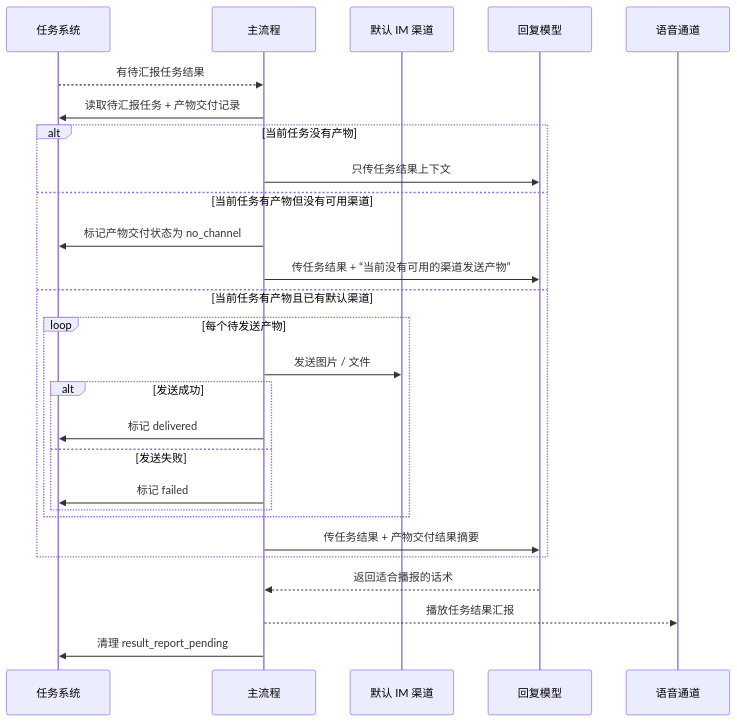
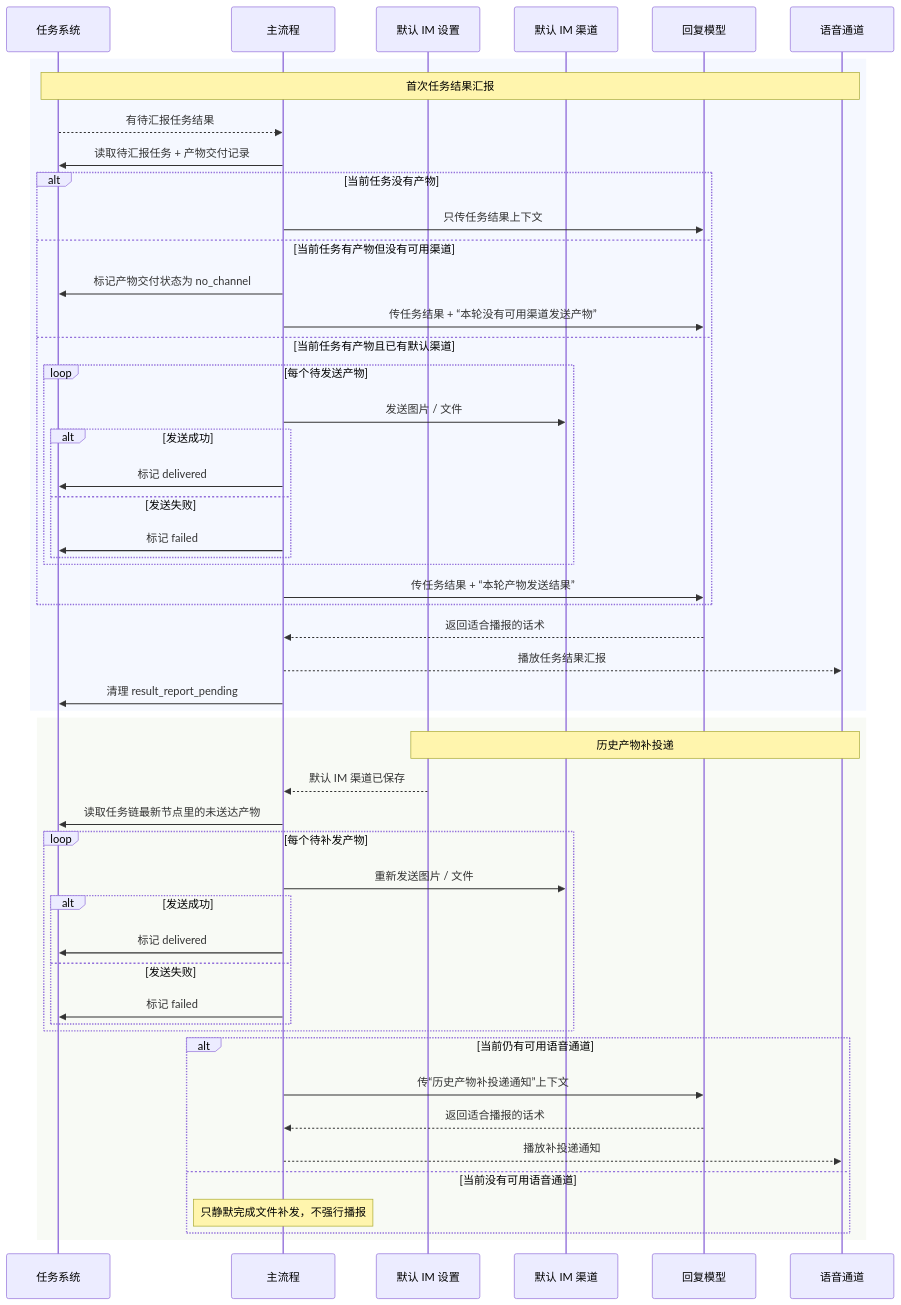
One commit to luoliwoshang/open-xiaoai-agent changed the second of 2 diagrams in docs/async-tasks.md. Above: the diagram before and after it, drawn with Mermaid. The commit also changed other lines of this file and 9 other files, not shown here.

````diff
--- a/docs/async-tasks.md
+++ b/docs/async-tasks.md
@@ -228,32 +274,58 @@
 ```mermaid
 sequenceDiagram
     participant Tasks as 任务系统
     participant Agent as 主流程
+    participant Settings as 默认 IM 设置
     participant IM as 默认 IM 渠道
     participant Reply as 回复模型
     participant Voice as 语音通道
 
-    Tasks-->>Agent: 有待汇报任务结果
-    Agent->>Tasks: 读取待汇报任务 + 产物交付记录
+    rect rgb(245, 248, 255)
+        note over Tasks,Voice: 首次任务结果汇报
+        Tasks-->>Agent: 有待汇报任务结果
+        Agent->>Tasks: 读取待汇报任务 + 产物交付记录
 
-    alt 当前任务没有产物
-        Agent->>Reply: 只传任务结果上下文
-    else 当前任务有产物但没有可用渠道
-        Agent->>Tasks: 标记产物交付状态为 no_channel
-        Agent->>Reply: 传任务结果 + “当前没有可用的渠道发送产物”
-    else 当前任务有产物且已有默认渠道
-        loop 每个待发送产物
-            Agent->>IM: 发送图片 / 文件
+        alt 当前任务没有产物
+            Agent->>Reply: 只传任务结果上下文
+        else 当前任务有产物但没有可用渠道
+            Agent->>Tasks: 标记产物交付状态为 no_channel
+            Agent->>Reply: 传任务结果 + “本轮没有可用渠道发送产物”
+        else 当前任务有产物且已有默认渠道
+            loop 每个待发送产物
+                Agent->>IM: 发送图片 / 文件
+                alt 发送成功
+                    Agent->>Tasks: 标记 delivered
+                else 发送失败
+                    Agent->>Tasks: 标记 failed
+                end
+            end
+            Agent->>Reply: 传任务结果 + “本轮产物发送结果”
+        end
+
+        Reply-->>Agent: 返回适合播报的话术
+        Agent-->>Voice: 播放任务结果汇报
+        Agent->>Tasks: 清理 result_report_pending
+    end
+
+    rect rgb(248, 250, 245)
+        note over Settings,Voice: 历史产物补投递
+        Settings-->>Agent: 默认 IM 渠道已保存
+        Agent->>Tasks: 读取任务链最新节点里的未送达产物
+        loop 每个待补发产物
+            Agent->>IM: 重新发送图片 / 文件
             alt 发送成功
                 Agent->>Tasks: 标记 delivered
             else 发送失败
                 Agent->>Tasks: 标记 failed
             end
         end
-        Agent->>Reply: 传任务结果 + 产物交付结果摘要
+
+        alt 当前仍有可用语音通道
+            Agent->>Reply: 传“历史产物补投递通知”上下文
+            Reply-->>Agent: 返回适合播报的话术
+            Agent-->>Voice: 播放补投递通知
+        else 当前没有可用语音通道
+            Note over Agent: 只静默完成文件补发，不强行播报
+        end
     end
-
-    Reply-->>Agent: 返回适合播报的话术
-    Agent-->>Voice: 播放任务结果汇报
-    Agent->>Tasks: 清理 result_report_pending
 ```
````
